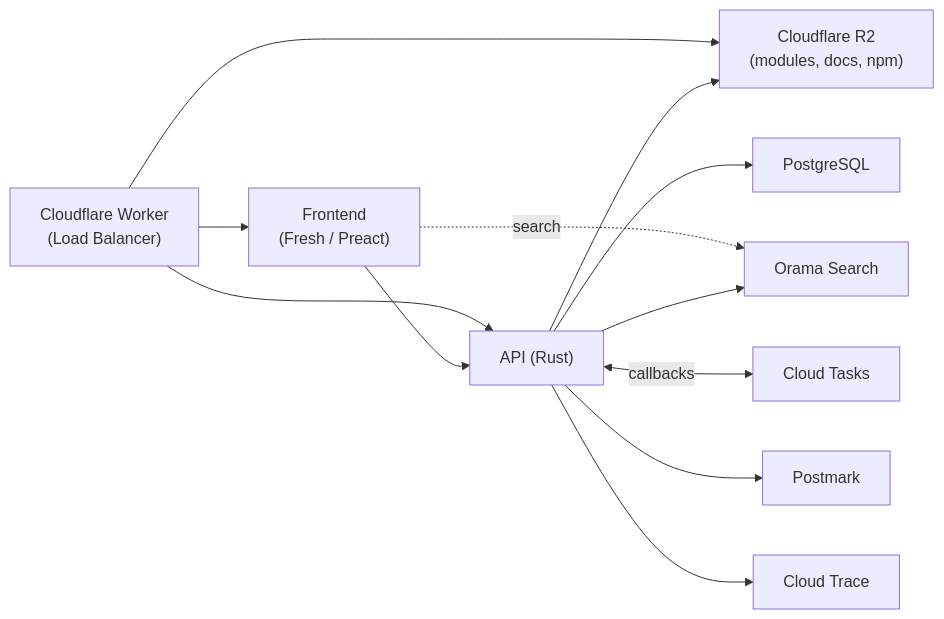
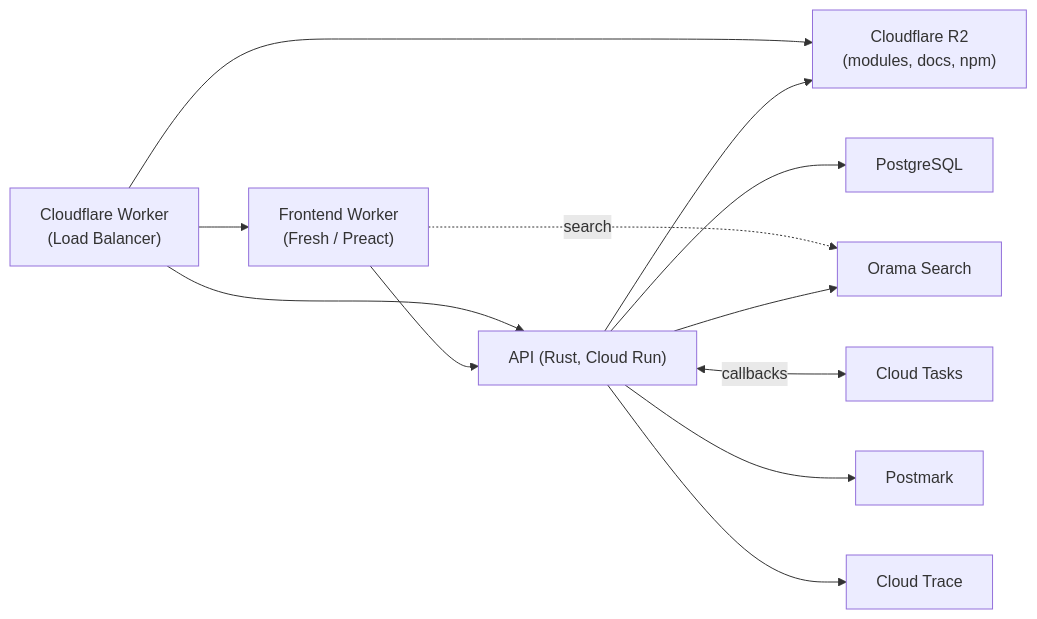
Before and after one commit to jsr-io/jsr: the diagram in architecture.md, drawn with Mermaid. The commit also changed other lines of this file and 20 other files, not shown here.

````diff
--- a/architecture.md
+++ b/architecture.md
@@ -20,18 +21,18 @@
 ```mermaid
 graph LR
     Worker["Cloudflare Worker<br/>(Load Balancer)"]
 
-    Worker --> Frontend["Frontend<br/>(Fresh / Preact)"]
-    Worker --> API["API (Rust)"]
+    Worker --> Frontend["Frontend Worker<br/>(Fresh / Preact)"]
+    Worker --> API["API (Rust, Cloud Run)"]
     Worker --> R2["Cloudflare R2<br/>(modules, docs, npm)"]
 
     Frontend --> API
     Frontend -. "search" .-> Orama["Orama Search"]
 
     API --> R2
     API --> Postgres["PostgreSQL"]
     API --> Orama
     API <-- "callbacks" --> CloudTasks["Cloud Tasks"]
     API --> Postmark["Postmark"]
     API --> Trace["Cloud Trace"]
 ```
````
